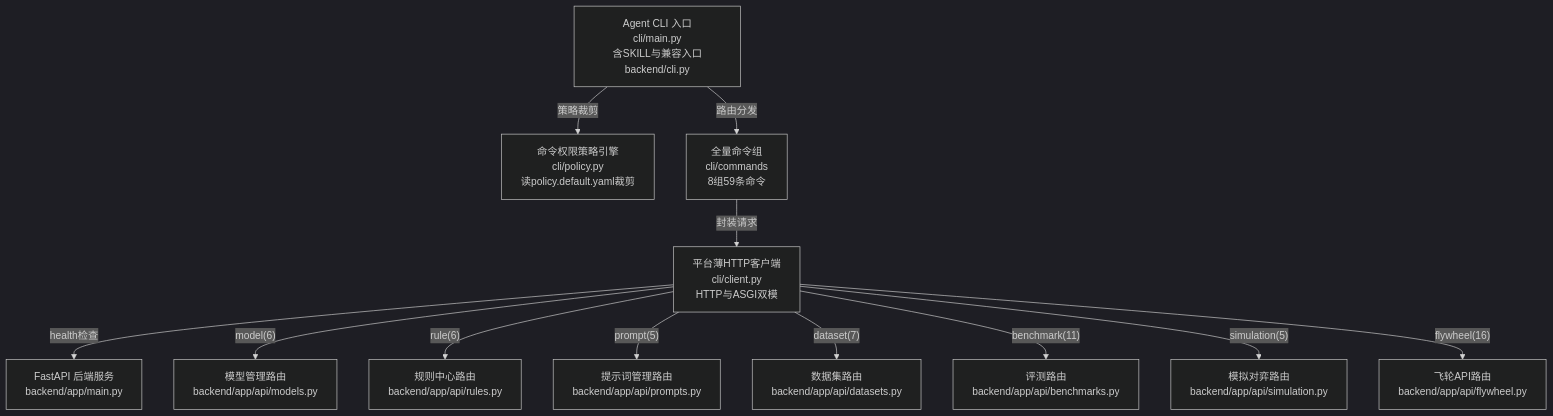
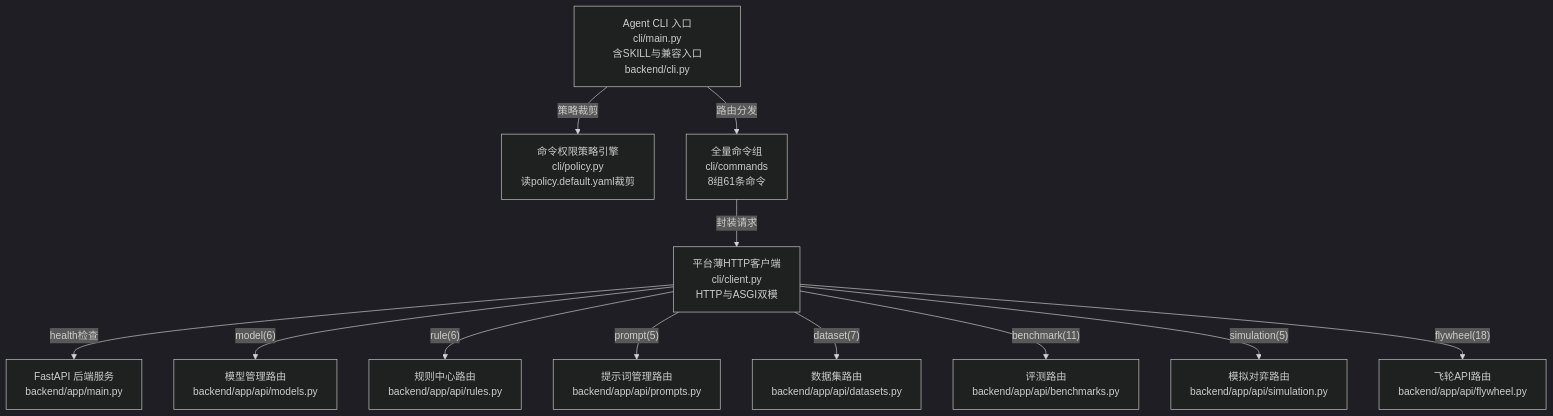
Before and after one commit to sharmt1411/eval-platform: the diagram in docs/map/L2-cli.mmd, drawn with Mermaid (dark theme). The commit also changed 30 other files, not shown here.

```diff
--- a/docs/map/L2-cli.mmd
+++ b/docs/map/L2-cli.mmd
@@ -1,33 +1,33 @@
 %% title: Agent CLI 与权限治理内部图 (L2)
 %% link: api_models -> L2-model_hub.mmd
 %% link: api_rules -> L2-rule_center.mmd
 %% link: api_prompts -> L2-prompt_center.mmd
 %% link: api_datasets -> L2-dataset_center.mmd
 %% link: api_benchmarks -> L2-benchmark.mmd
 %% link: api_sim -> L2-simulation.mmd
 %% link: api_flywheel -> L2-flywheel.mmd
 flowchart TB
   cli["Agent CLI 入口\ncli/main.py\n含SKILL与兼容入口backend/cli.py"]
   cli_policy["命令权限策略引擎\ncli/policy.py\n读policy.default.yaml裁剪"]
-  cli_commands["全量命令组\ncli/commands\n8组59条命令"]
+  cli_commands["全量命令组\ncli/commands\n8组61条命令"]
   cli_client["平台薄HTTP客户端\ncli/client.py\nHTTP与ASGI双模"]
   fastapi_app["FastAPI 后端服务\nbackend/app/main.py"]
   api_models["模型管理路由\nbackend/app/api/models.py"]
   api_rules["规则中心路由\nbackend/app/api/rules.py"]
   api_prompts["提示词管理路由\nbackend/app/api/prompts.py"]
   api_datasets["数据集路由\nbackend/app/api/datasets.py"]
   api_benchmarks["评测路由\nbackend/app/api/benchmarks.py"]
   api_sim["模拟对弈路由\nbackend/app/api/simulation.py"]
   api_flywheel["飞轮API路由\nbackend/app/api/flywheel.py"]
 
   cli -->|"策略裁剪"| cli_policy
   cli -->|"路由分发"| cli_commands
   cli_commands -->|"封装请求"| cli_client
   cli_client -->|"health检查"| fastapi_app
   cli_client -->|"model(6)"| api_models
   cli_client -->|"rule(6)"| api_rules
   cli_client -->|"prompt(5)"| api_prompts
   cli_client -->|"dataset(7)"| api_datasets
   cli_client -->|"benchmark(11)"| api_benchmarks
   cli_client -->|"simulation(5)"| api_sim
-  cli_client -->|"flywheel(16)"| api_flywheel
+  cli_client -->|"flywheel(18)"| api_flywheel
```
